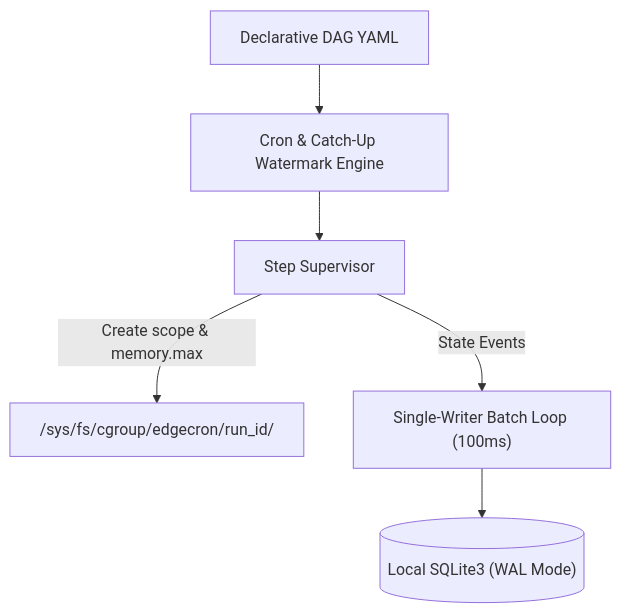
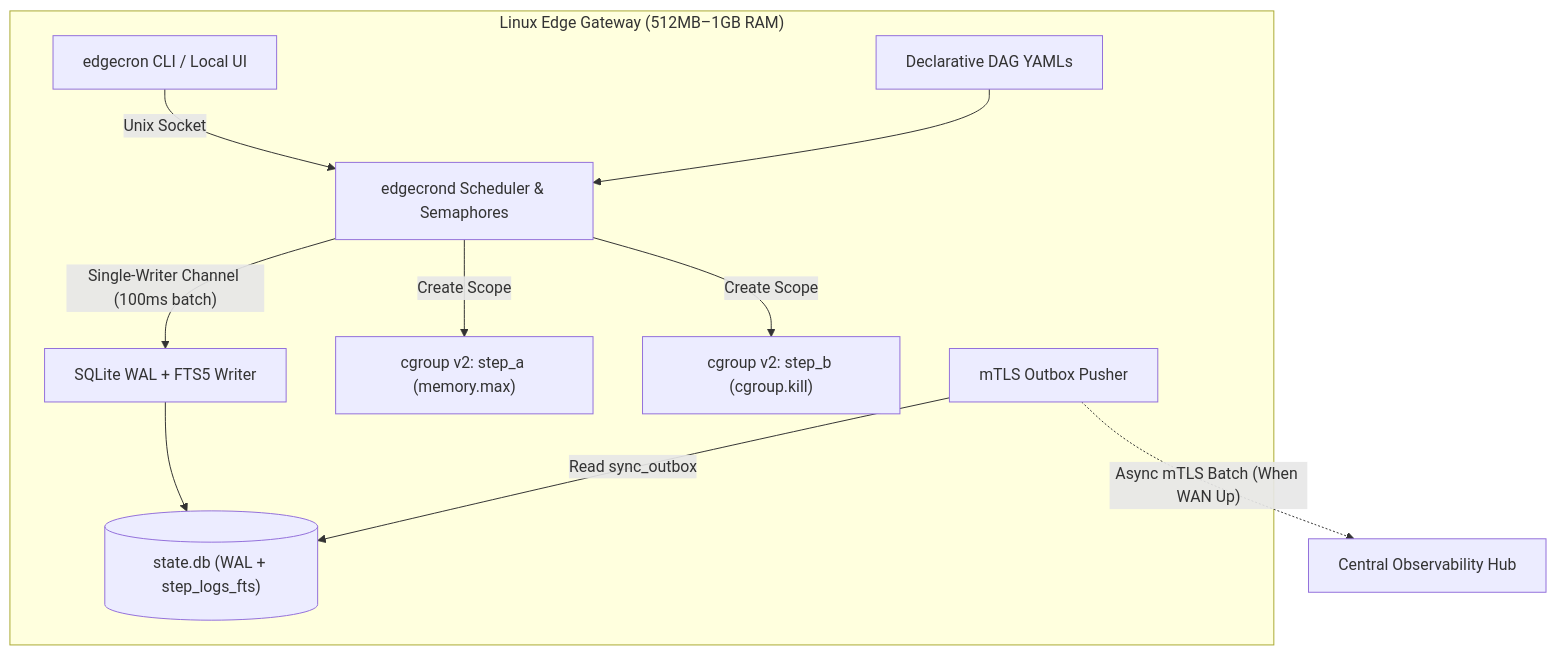
One commit to thilak15/preflight changed the first of 2 diagrams in examples/edge-cron-scheduler/SPEC.md. Above: the diagram before and after it, drawn with Mermaid. The commit also changed other lines of this file and 32 other files, not shown here.

````diff
--- a/examples/edge-cron-scheduler/SPEC.md
+++ b/examples/edge-cron-scheduler/SPEC.md
@@ -111,8 +158,13 @@
 ```mermaid
-flowchart TD
-    YAML["Declarative DAG YAML"] --> Ticker["Cron & Catch-Up Watermark Engine"]
-    Ticker --> Runner["Step Supervisor"]
-    Runner -->|"Create scope & memory.max"| Cgroup["/sys/fs/cgroup/edgecron/run_id/"]
-    Runner -->|"State Events"| BatchWriter["Single-Writer Batch Loop (100ms)"]
-    BatchWriter --> SQLite[("Local SQLite3 (WAL Mode)")]
+flowchart TB
+    subgraph EdgeNode["Linux Edge Gateway (512MB–1GB RAM)"]
+        CLI["edgecron CLI / Local UI"] -->|"Unix Socket"| Daemon["edgecrond Scheduler & Semaphores"]
+        YAML["Declarative DAG YAMLs"] --> Daemon
+        Daemon -->|"Single-Writer Channel (100ms batch)"| Writer["SQLite WAL + FTS5 Writer"]
+        Writer --> DB[("state.db (WAL + step_logs_fts)")]
+        Daemon -->|"Create Scope"| CG1["cgroup v2: step_a (memory.max)"]
+        Daemon -->|"Create Scope"| CG2["cgroup v2: step_b (cgroup.kill)"]
+        Sync["mTLS Outbox Pusher"] -->|"Read sync_outbox"| DB
+    end
+    Sync -.->|"Async mTLS Batch (When WAN Up)"| Hub["Central Observability Hub"]
 ```
````
